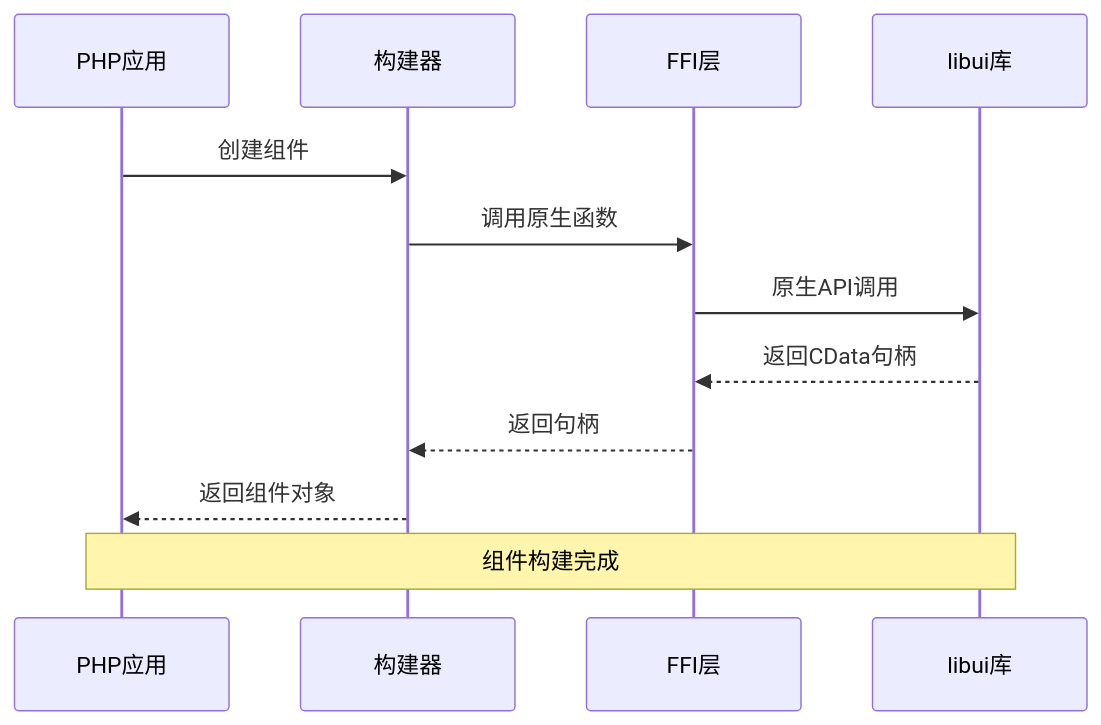
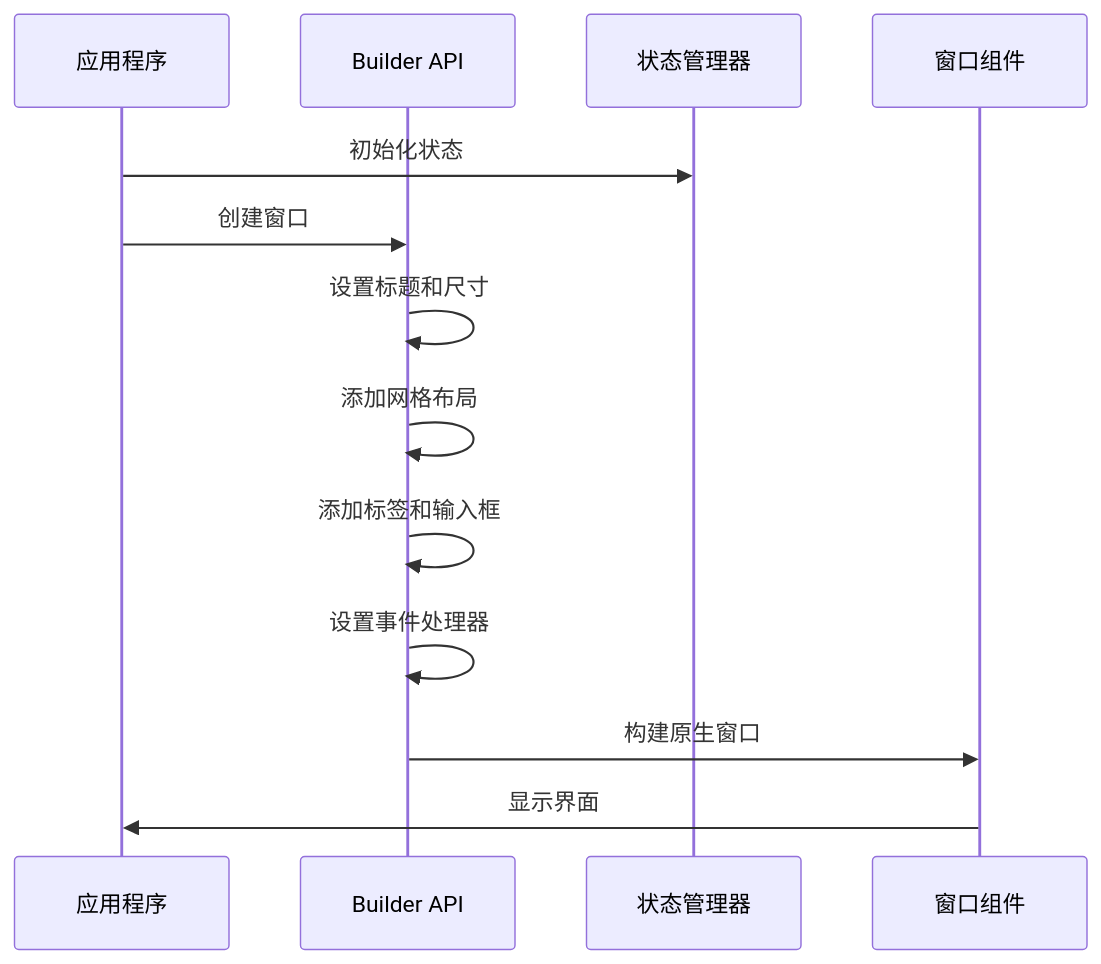
Diagram 12 of 13 in .qoder/repowiki/zh/content/项目概述.md (yangweijie/libuiBuilder), drawn with Mermaid before and after one commit. The commit also changed other lines of this file and 126 other files, not shown here.

````diff
--- a/.qoder/repowiki/zh/content/项目概述.md
+++ b/.qoder/repowiki/zh/content/项目概述.md
@@ -272,14 +568,15 @@
 ```mermaid
 sequenceDiagram
-participant PHP as PHP应用
-participant Builder as 构建器
-participant FFI as FFI层
-participant LibUI as libui库
-PHP->>Builder : 创建组件
-Builder->>FFI : 调用原生函数
-FFI->>LibUI : 原生API调用
-LibUI-->>FFI : 返回CData句柄
-FFI-->>Builder : 返回句柄
-Builder-->>PHP : 返回组件对象
-Note over PHP,LibUI : 组件构建完成
+participant App as 应用程序
+participant Builder as Builder API
+participant State as 状态管理器
+participant Window as 窗口组件
+App->>State : 初始化状态
+App->>Builder : 创建窗口
+Builder->>Builder : 设置标题和尺寸
+Builder->>Builder : 添加网格布局
+Builder->>Builder : 添加标签和输入框
+Builder->>Builder : 设置事件处理器
+Builder->>Window : 构建原生窗口
+Window->>App : 显示界面
 ```
````
